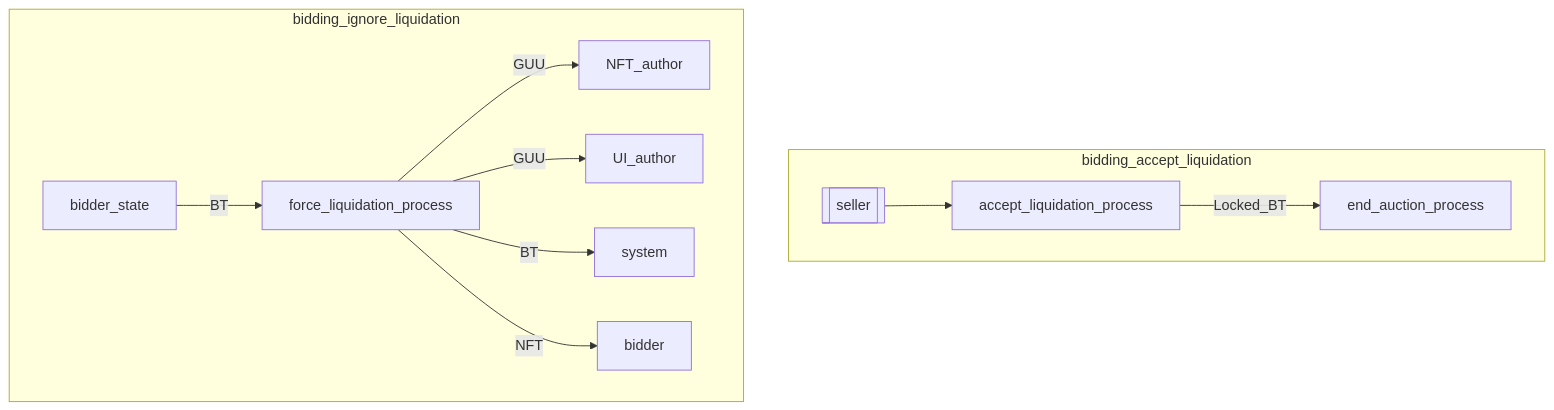
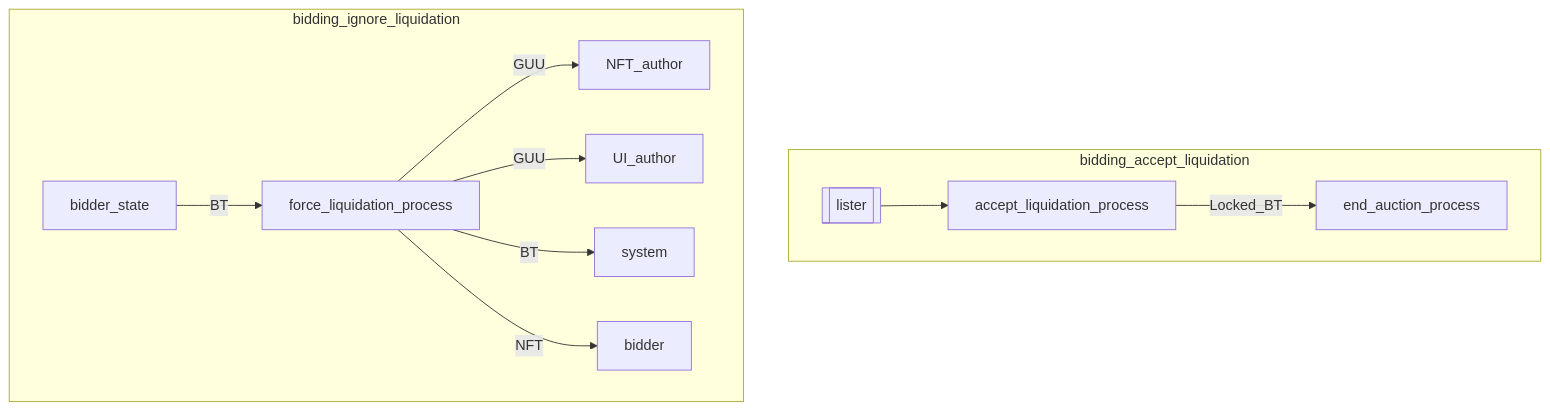
The fifth of 7 diagrams in x/nftmarket/spec/03_auction_state.md (UnUniFi/chain), drawn with Mermaid before and after one commit. The commit also changed other lines of this file and 7 other files, not shown here.

````diff
--- a/x/nftmarket/spec/03_auction_state.md
+++ b/x/nftmarket/spec/03_auction_state.md
@@ -132,17 +132,17 @@
 ```mermaid
 flowchart TD
 subgraph bidding_accept_liquidation
-	seller3[[seller]]
+	lister3[[lister]]
 
-	seller3 --> accept_liquidation_process
+	lister3 --> accept_liquidation_process
 	accept_liquidation_process--Locked_BT--> end_auction_process
 end
 
 subgraph bidding_ignore_liquidation
 	bidder_state--BT--> force_liquidation_process 
 	force_liquidation_process --GUU--> NFT_author
 	force_liquidation_process --GUU--> UI_author
 	force_liquidation_process --BT--> system
 	force_liquidation_process --NFT--> bidder
 end
 ```
````
